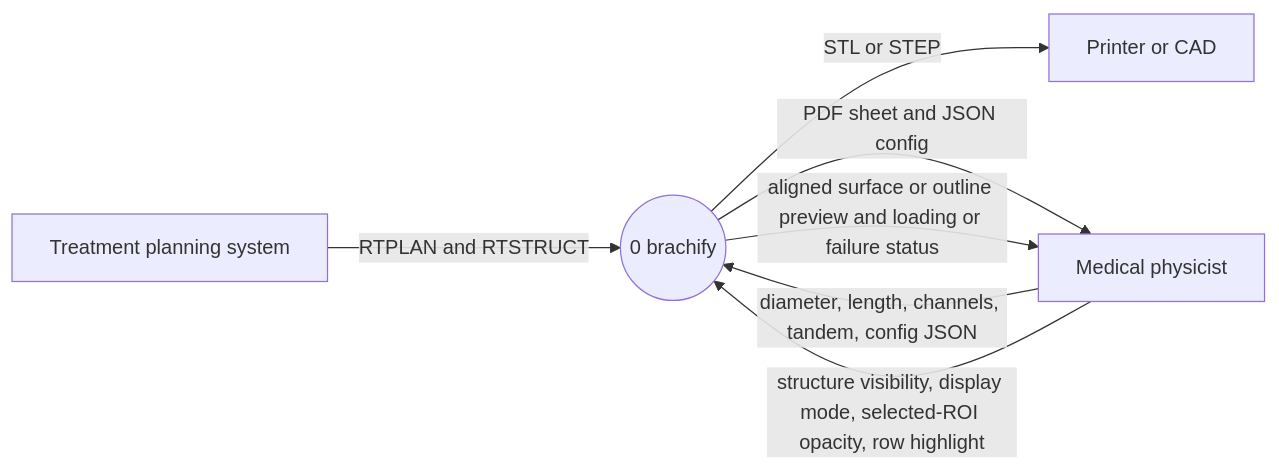
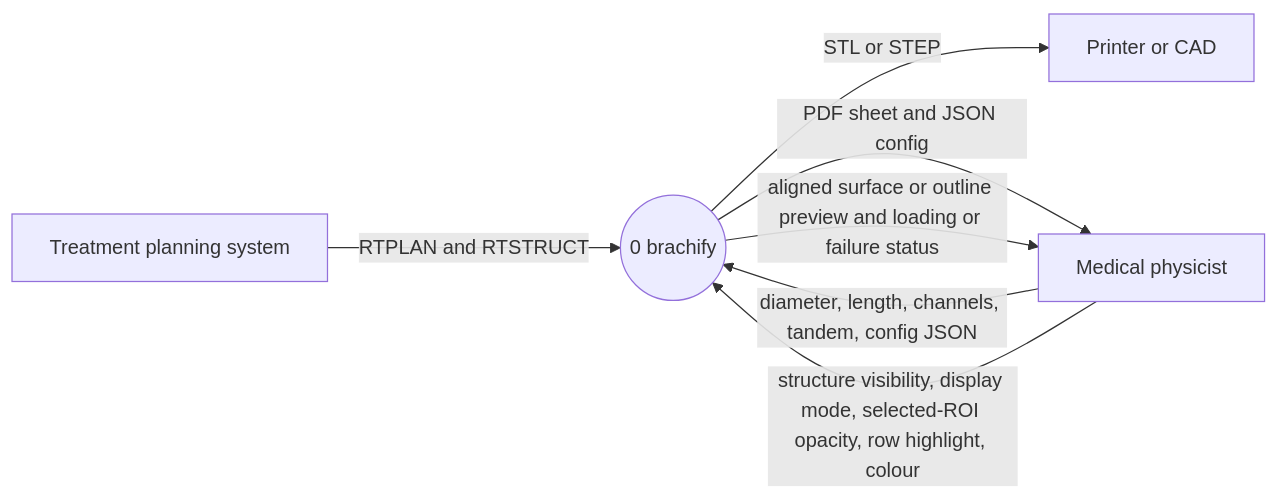
Before and after one commit to COSC-499-W2026/capstone-project-team-10: the diagram in docs/architecture/diagrams/existing-framework/dfd-0.mmd, drawn with Mermaid. The commit also changed 9 other files, not shown here.

Commit message:
docs: show color_changed on the architecture pictures

```diff
--- a/docs/architecture/diagrams/existing-framework/dfd-0.mmd
+++ b/docs/architecture/diagrams/existing-framework/dfd-0.mmd
@@ -1,14 +1,14 @@
 %% title: DFD level 0
 %% alt: DFD level 0, brachify as one process
 flowchart LR
   tps["Treatment planning system"]
   physicist["Medical physicist"]
   printer["Printer or CAD"]
   brachify(("0 brachify"))
 
   tps -->|"RTPLAN and RTSTRUCT"| brachify
   physicist -->|"diameter, length, channels, tandem, config JSON"| brachify
   brachify -->|"STL or STEP"| printer
   brachify -->|"PDF sheet and JSON config"| physicist
-  physicist -->|"structure visibility, display mode, selected-ROI opacity, row highlight"| brachify
+  physicist -->|"structure visibility, display mode, selected-ROI opacity, row highlight, colour"| brachify
   brachify -->|"aligned surface or outline preview and loading or failure status"| physicist
```
